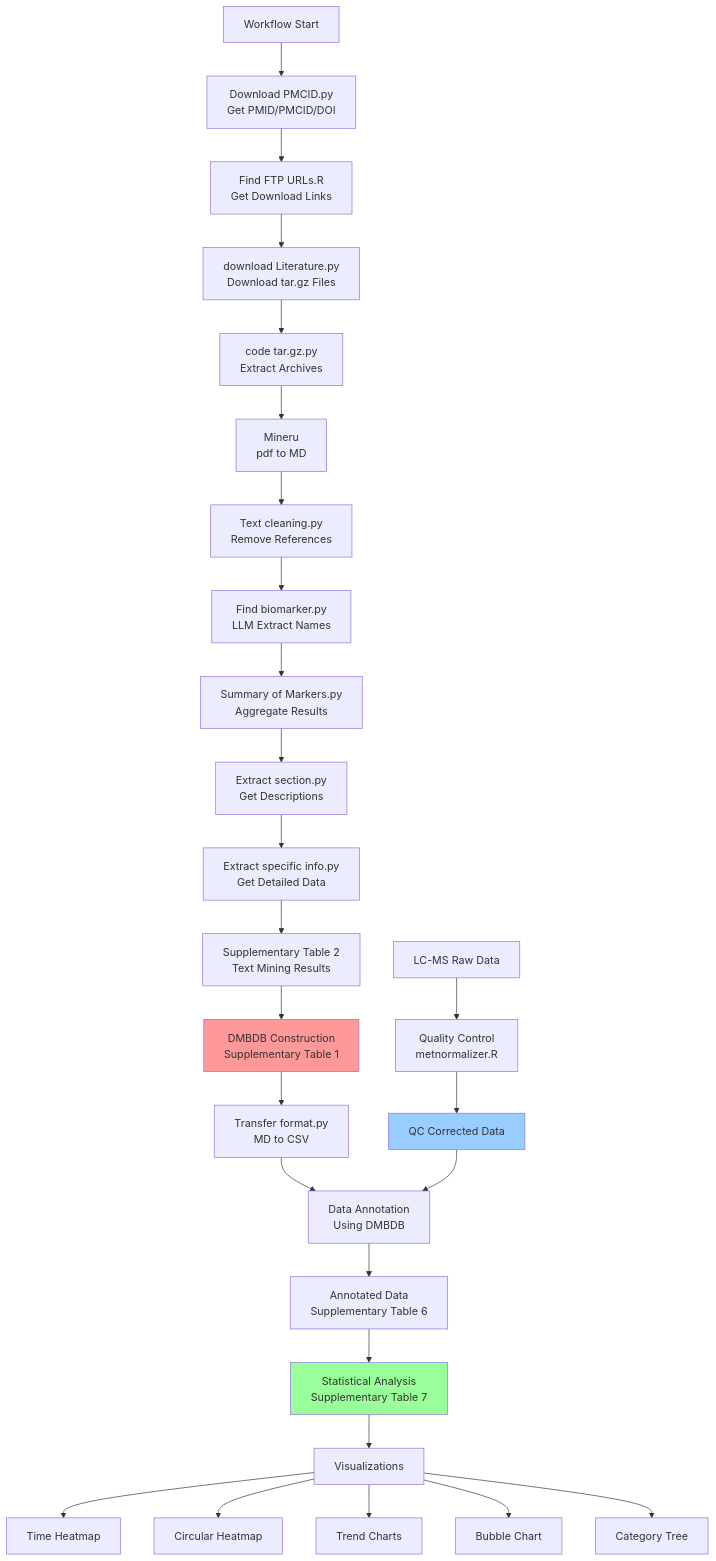
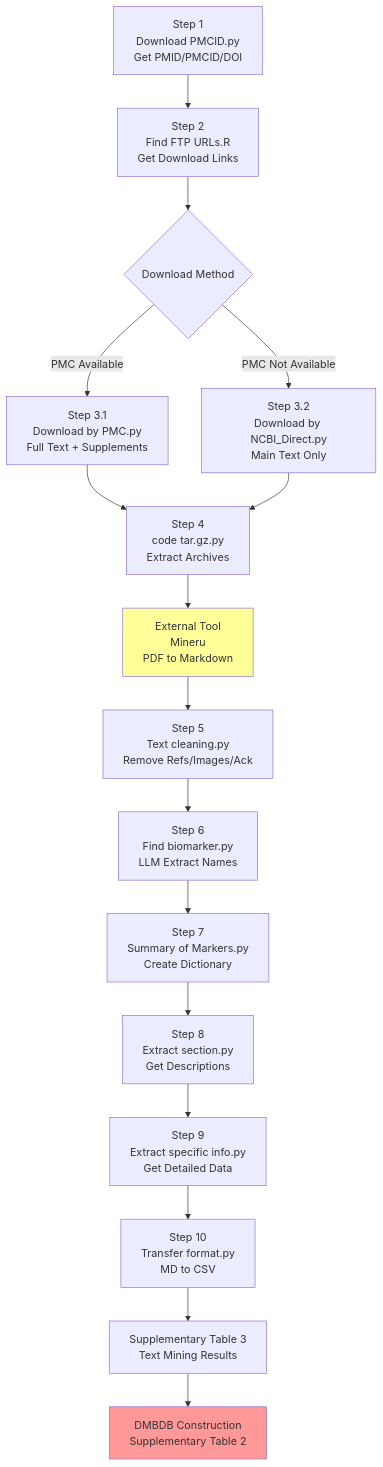
Before and after one commit to zhengfj1994/DMBDB: the first of 2 diagrams in README.md, drawn with Mermaid. The commit also changed other lines of this file and 56 other files, not shown here.

````diff
--- a/README.md
+++ b/README.md
@@ -323,35 +367,21 @@
 ```mermaid
 graph TD
-    A[Workflow Start] --> B[Download PMCID.py<br/>Get PMID/PMCID/DOI]
-    B --> C[Find FTP URLs.R<br/>Get Download Links]
-    C --> D[download Literature.py<br/>Download tar.gz Files]
-    D --> E[code tar.gz.py<br/>Extract Archives]
-    E --> F[Mineru<br/>pdf to MD]
-    F --> G[Text cleaning.py<br/>Remove References]
-    G --> H[Find biomarker.py<br/>LLM Extract Names]
-    H --> I[Summary of Markers.py<br/>Aggregate Results]
-    I --> J[Extract section.py<br/>Get Descriptions]
-    J --> K[Extract specific info.py<br/>Get Detailed Data]
-    K --> L[Supplementary Table 2<br/>Text Mining Results]
-    L --> M[DMBDB Construction<br/>Supplementary Table 1]
-    M --> N[Transfer format.py<br/>MD to CSV]
+    A[Step 1<br/>Download PMCID.py<br/>Get PMID/PMCID/DOI] --> B[Step 2<br/>Find FTP URLs.R<br/>Get Download Links]
+    B --> C{Download Method}
+    C -->|PMC Available| D[Step 3.1<br/>Download by PMC.py<br/>Full Text + Supplements]
+    C -->|PMC Not Available| E[Step 3.2<br/>Download by NCBI_Direct.py<br/>Main Text Only]
+    D --> F[Step 4<br/>code tar.gz.py<br/>Extract Archives]
+    E --> F
+    F --> G[External Tool<br/>Mineru<br/>PDF to Markdown]
+    G --> H[Step 5<br/>Text cleaning.py<br/>Remove Refs/Images/Ack]
+    H --> I[Step 6<br/>Find biomarker.py<br/>LLM Extract Names]
+    I --> J[Step 7<br/>Summary of Markers.py<br/>Create Dictionary]
+    J --> K[Step 8<br/>Extract section.py<br/>Get Descriptions]
+    K --> L[Step 9<br/>Extract specific info.py<br/>Get Detailed Data]
+    L --> M[Step 10<br/>Transfer format.py<br/>MD to CSV]
+    M --> N[Supplementary Table 3<br/>Text Mining Results]
+    N --> O[DMBDB Construction<br/>Supplementary Table 2]
 
-    O[LC-MS Raw Data] --> P[Quality Control<br/>metnormalizer.R]
-    P --> Q[QC Corrected Data]
-
-    N --> R[Data Annotation<br/>Using DMBDB]
-    Q --> R
-    R --> S[Annotated Data<br/>Supplementary Table 6]
-    S --> T[Statistical Analysis<br/>Supplementary Table 7]
-
-    T --> U[Visualizations]
-    U --> V[Time Heatmap]
-    U --> W[Circular Heatmap]
-    U --> X[Trend Charts]
-    U --> Y[Bubble Chart]
-    U --> Z[Category Tree]
-
-    style M fill:#ff9999
-    style Q fill:#99ccff
-    style T fill:#99ff99
+    style O fill:#ff9999
+    style G fill:#ffff99
 ```
````
